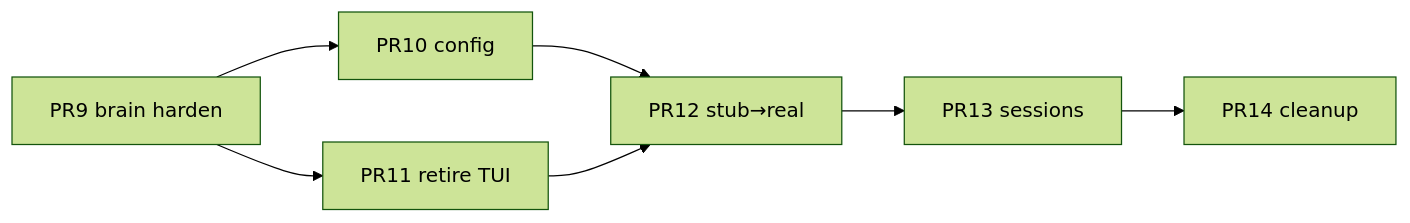
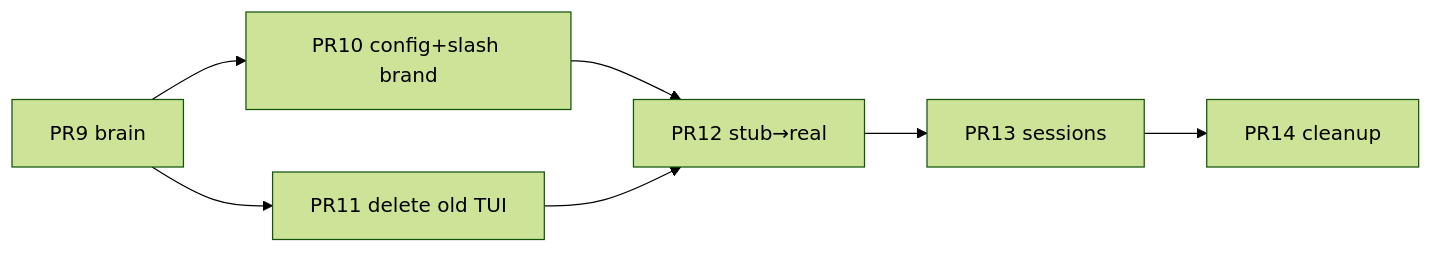
One commit to quangdang46/next-code changed the diagram in docs/plans/PLAN-20260720-grok-post-pr8-roadmap.md. Above: the diagram before and after it, drawn with Mermaid (forest theme). The commit also changed other lines of this file and 7 other files, not shown here.

````diff
--- a/docs/plans/PLAN-20260720-grok-post-pr8-roadmap.md
+++ b/docs/plans/PLAN-20260720-grok-post-pr8-roadmap.md
@@ -31,9 +44,9 @@
 ```mermaid
 flowchart LR
-  PR9[PR9 brain harden] --> PR10[PR10 config]
-  PR9 --> PR11[PR11 retire TUI]
+  PR9[PR9 brain] --> PR10[PR10 config+slash brand]
+  PR9 --> PR11[PR11 delete old TUI]
   PR10 --> PR12[PR12 stub→real]
   PR11 --> PR12
   PR12 --> PR13[PR13 sessions]
   PR13 --> PR14[PR14 cleanup]
 ```
````
